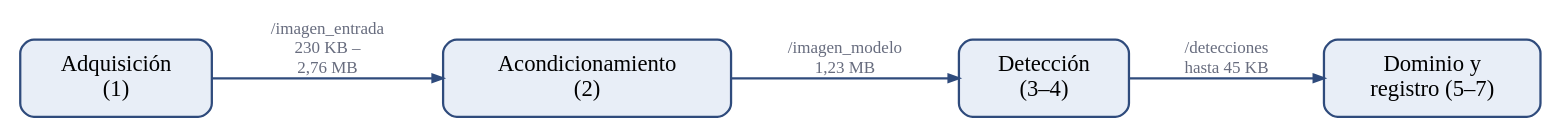
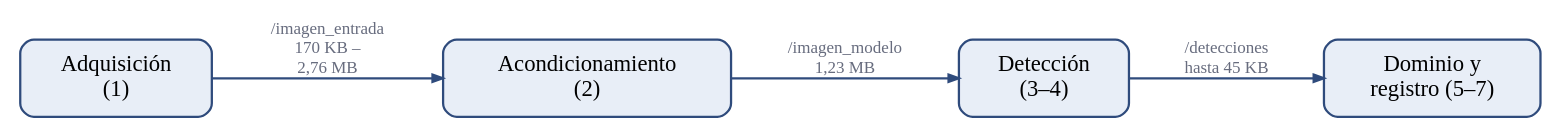
One commit to na-tt/memoria changed the diagram in assets/figures/chapter-3/ros2-particionamiento.dot. Above: the diagram before and after it, drawn with Graphviz. The commit also changed 5 other files, not shown here.

```diff
--- a/assets/figures/chapter-3/ros2-particionamiento.dot
+++ b/assets/figures/chapter-3/ros2-particionamiento.dot
@@ -1,24 +1,24 @@
 // Configuración C de la cadena de visión por computador en ROS 2.
 // Cada nodo es un proceso separado del sistema operativo y la cadena es
 // lineal: un tópico de entrada y otro de salida por nodo. Las aristas
 // etiquetadas representan el tópico y la carga útil que lo atraviesa.
 // Las configuraciones B y D se obtienen de esta cadena fusionando los nodos
 // 2 a 4, o subdividiendo los nodos 3 y 4, respectivamente.
 digraph particionamiento {
   graph [rankdir=LR, splines=line, nodesep=0.40, ranksep=1.05, pad=0.15,
          bgcolor="white"];
   node  [shape=box, style="rounded,filled", fillcolor="#e8eef7",
          color="#2f4b7c", penwidth=2, fontname="DejaVu Sans Bold",
          fontsize=20, margin="0.26,0.16"];
   edge  [color="#2f4b7c", penwidth=2, arrowsize=0.9,
          fontname="DejaVu Sans Oblique", fontcolor="#676C7E", fontsize=15];
 
   adq   [label="Adquisición\n(1)"];
   acond [label="Acondicionamiento\n(2)"];
   det   [label="Detección\n(3–4)"];
   dom   [label="Dominio y\nregistro (5–7)"];
 
-  adq   -> acond [label="/imagen_entrada\n230 KB –\n2,76 MB"];
+  adq   -> acond [label="/imagen_entrada\n170 KB –\n2,76 MB"];
   acond -> det   [label="/imagen_modelo\n1,23 MB"];
   det   -> dom   [label="/detecciones\nhasta 45 KB"];
 }
```
